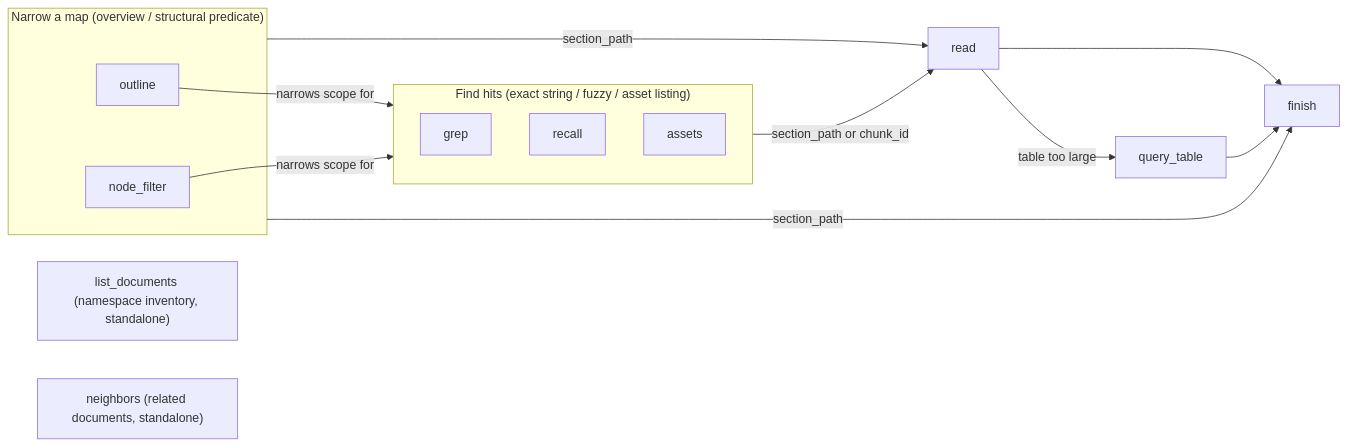
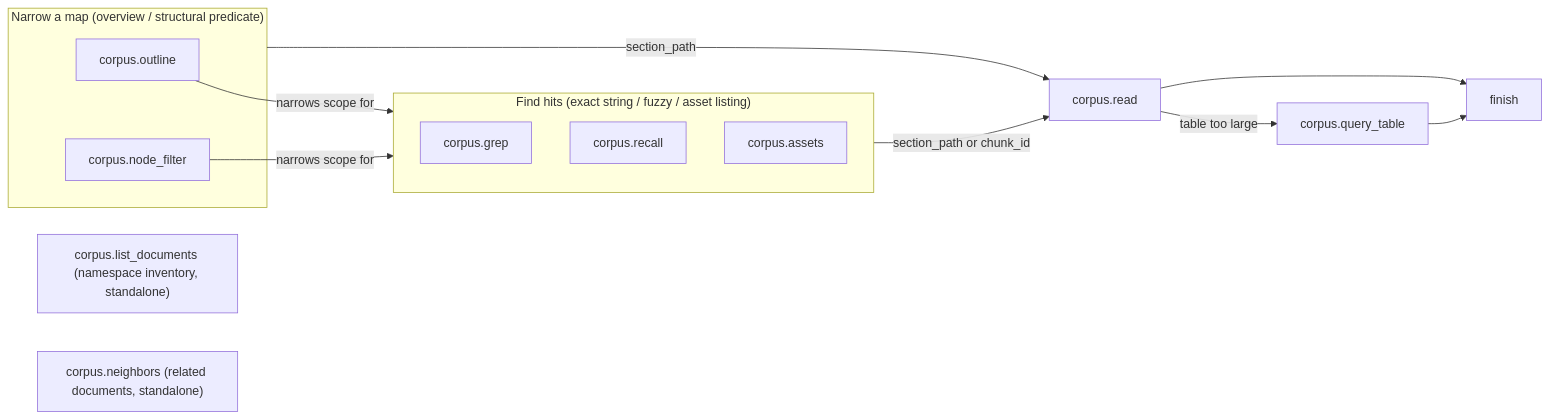
Before and after one commit to Frankie-Xu/knowhere: the diagram in packages/shared-python/shared/services/retrieval/agent_tools/CORPUS_SCHEMA.md, drawn with Mermaid. The commit also changed other lines of this file and 15 other files, not shown here.

````diff
--- a/packages/shared-python/shared/services/retrieval/agent_tools/CORPUS_SCHEMA.md
+++ b/packages/shared-python/shared/services/retrieval/agent_tools/CORPUS_SCHEMA.md
@@ -139,22 +145,21 @@
 ```mermaid
 flowchart LR
     subgraph MapNarrowing["Narrow a map (overview / structural predicate)"]
-        outline
-        node_filter
+        outline["corpus.outline"]
+        node_filter["corpus.node_filter"]
     end
     subgraph LeafHits["Find hits (exact string / fuzzy / asset listing)"]
-        grep
-        recall
-        assets
+        grep["corpus.grep"]
+        recall["corpus.recall"]
+        assets["corpus.assets"]
     end
     outline -->|narrows scope for| LeafHits
     node_filter -->|narrows scope for| LeafHits
-    MapNarrowing -->|section_path| finish
-    MapNarrowing -->|section_path| read
+    MapNarrowing -->|section_path| read["corpus.read"]
     LeafHits -->|section_path or chunk_id| read
-    read -->|table too large| query_table
+    read -->|table too large| query_table["corpus.query_table"]
     read --> finish
     query_table --> finish
-    list_documents["list_documents (namespace inventory, standalone)"]
-    neighbors["neighbors (related documents, standalone)"]
+    list_documents["corpus.list_documents (namespace inventory, standalone)"]
+    neighbors["corpus.neighbors (related documents, standalone)"]
 ```
````
